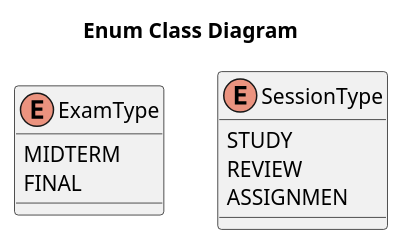
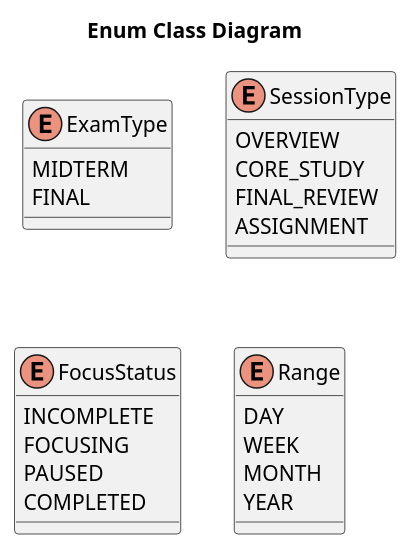
One commit to keerati5003/PlanMate-Diagram changed the diagram in enums.puml. Above: the diagram before and after it, drawn with PlantUML. The commit also changed 7 other files, not shown here.

Commit message:
update diagram

```diff
--- a/enums.puml
+++ b/enums.puml
@@ -1,15 +1,30 @@
 @startuml
 title Enum Class Diagram
 
 enum ExamType {
     MIDTERM
     FINAL
 }
 
 enum SessionType {
-    STUDY
-    REVIEW
-    ASSIGNMEN
+    OVERVIEW
+    CORE_STUDY
+    FINAL_REVIEW
+    ASSIGNMENT
+}
+
+enum FocusStatus {
+    INCOMPLETE   
+    FOCUSING
+    PAUSED
+    COMPLETED    
+}
+
+enum Range {
+    DAY
+    WEEK
+    MONTH
+    YEAR
 }
 
 @enduml
```
